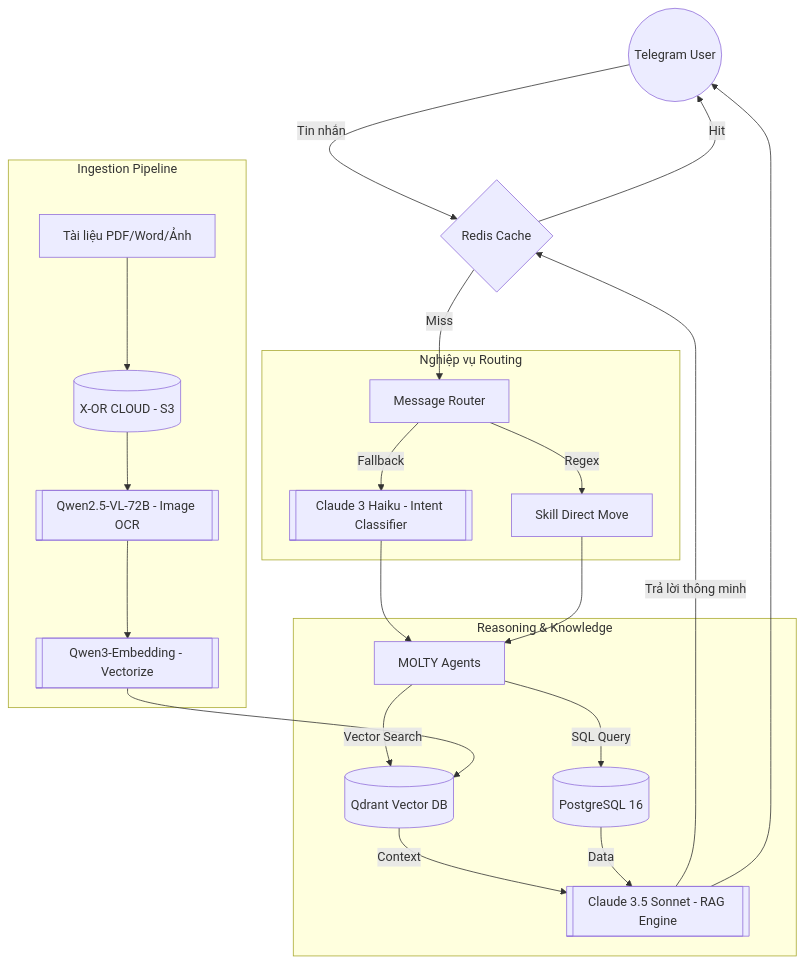
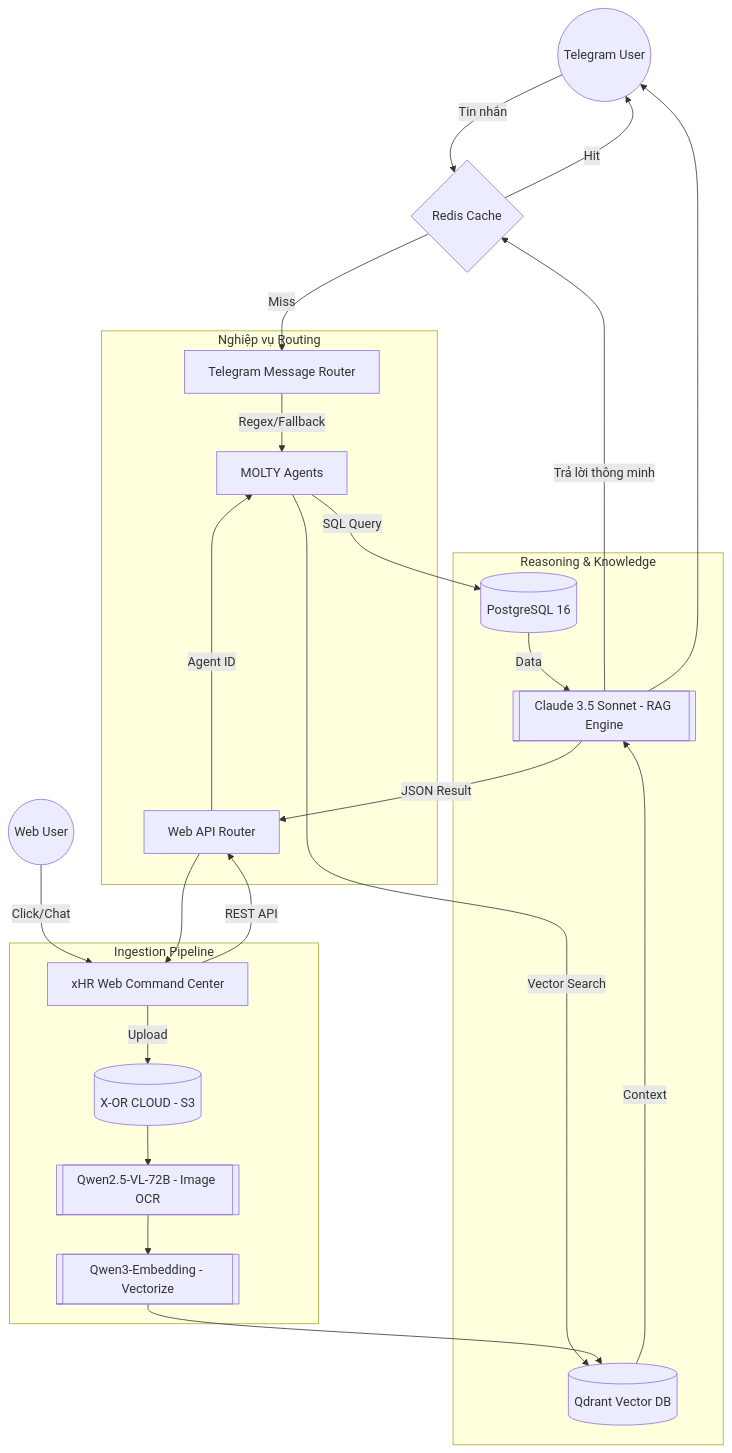
The diagram in README.md (X-OR-Cloud/xCB), drawn with Mermaid before and after one commit.

Commit message:
docs: update architecture diagram to include Web User

````diff
--- a/README.md
+++ b/README.md
@@ -42,31 +42,33 @@
 ```mermaid
 graph TD
-    User((Telegram User)) -->|Tin nhắn| Cache{Redis Cache}
-    Cache -->|Hit| User
-    Cache -->|Miss| Router[Message Router]
+    TUser((Telegram User)) -->|Tin nhắn| Cache{Redis Cache}
+    WUser((Web User)) -->|Click/Chat| WebUI[xHR Web Command Center]
+    
+    WebUI -->|REST API| API_Router[Web API Router]
+    Cache -->|Hit| TUser
+    Cache -->|Miss| T_Router[Telegram Message Router]
     
     subgraph "Nghiệp vụ Routing"
-        Router -->|Regex| Match[Skill Direct Move]
-        Router -->|Fallback| Haiku[[Claude 3 Haiku - Intent Classifier]]
+        T_Router -->|Regex/Fallback| Agent[MOLTY Agents]
+        API_Router -->|Agent ID| Agent
     end
-
-    Haiku --> Agent[MOLTY Agents]
-    Match --> Agent
     
     subgraph "Reasoning & Knowledge"
         Agent -->|SQL Query| DB[(PostgreSQL 16)]
         Agent -->|Vector Search| VDB[(Qdrant Vector DB)]
         VDB -->|Context| Sonnet[[Claude 3.5 Sonnet - RAG Engine]]
         DB -->|Data| Sonnet
     end
 
     Sonnet -->|Trả lời thông minh| Cache
-    Sonnet --> User
+    Sonnet --> TUser
+    Sonnet -->|JSON Result| API_Router
+    API_Router --> WebUI
 
     subgraph "Ingestion Pipeline"
-        Doc[Tài liệu PDF/Word/Ảnh] --> CEPH[(X-OR CLOUD - S3)]
+        WebUI -->|Upload| CEPH[(X-OR CLOUD - S3)]
         CEPH --> Qwen[[Qwen2.5-VL-72B - Image OCR]]
         Qwen --> Embed[[Qwen3-Embedding - Vectorize]]
         Embed --> VDB
     end
 ```
````
